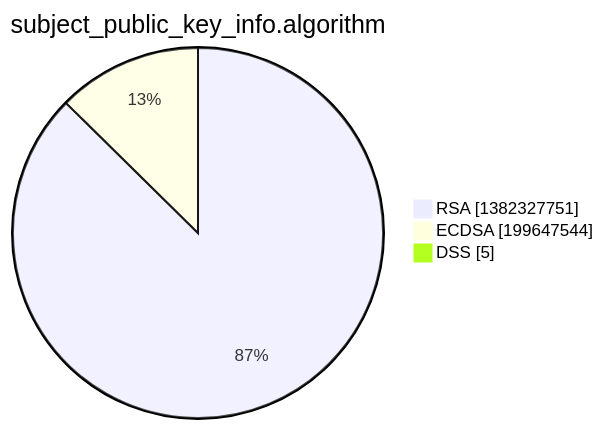
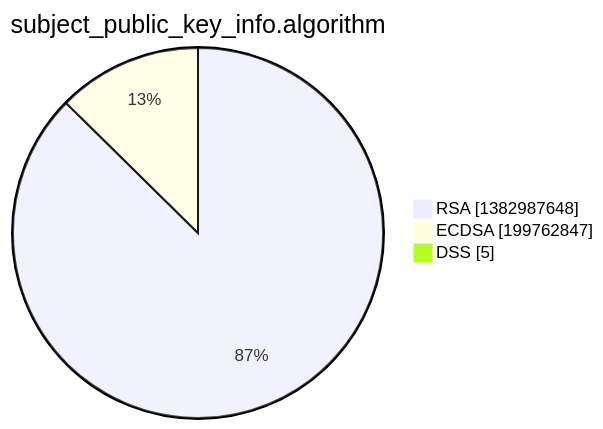
Before and after one commit to christiankrug/ctmonitor_visualization: the third of 15 diagrams in xenon2022/README.md, drawn with Mermaid. The commit also changed other lines of this file, not shown here.

````diff
--- a/xenon2022/README.md
+++ b/xenon2022/README.md
@@ -14,7 +14,7 @@
 ```mermaid
 pie showData
 title subject_public_key_info.algorithm
-"RSA" :1382327751
-"ECDSA" :199647544
+"RSA" :1382987648
+"ECDSA" :199762847
 "DSS" :5
 ```
````
